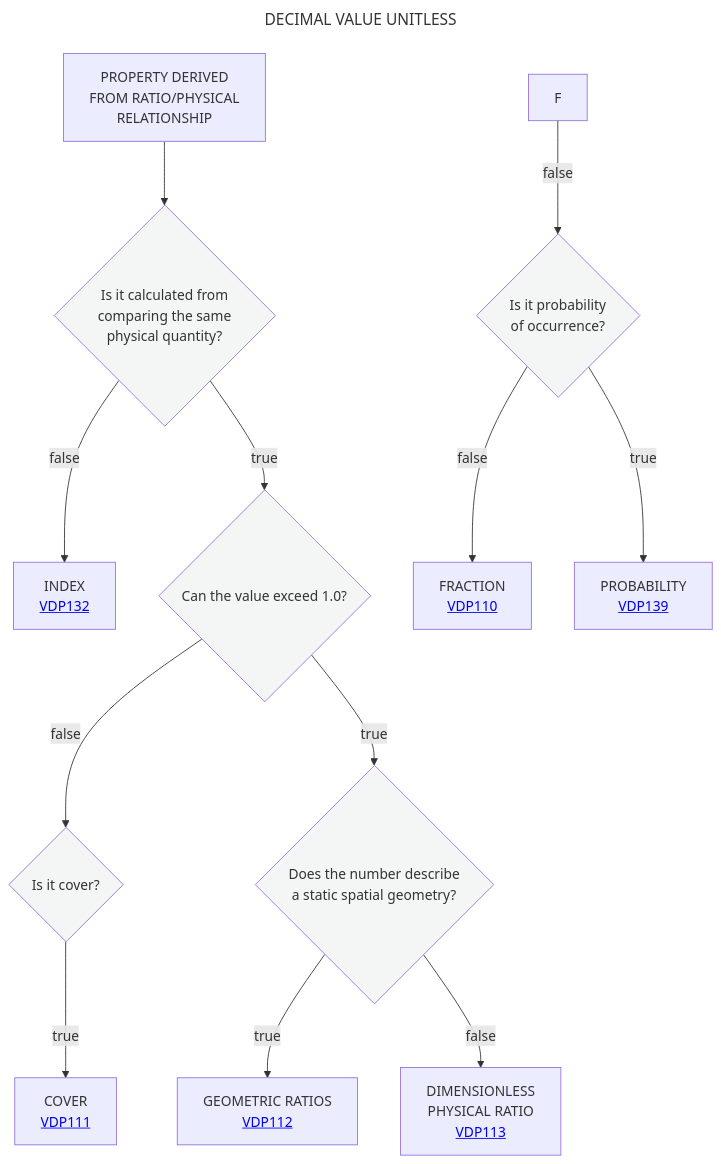
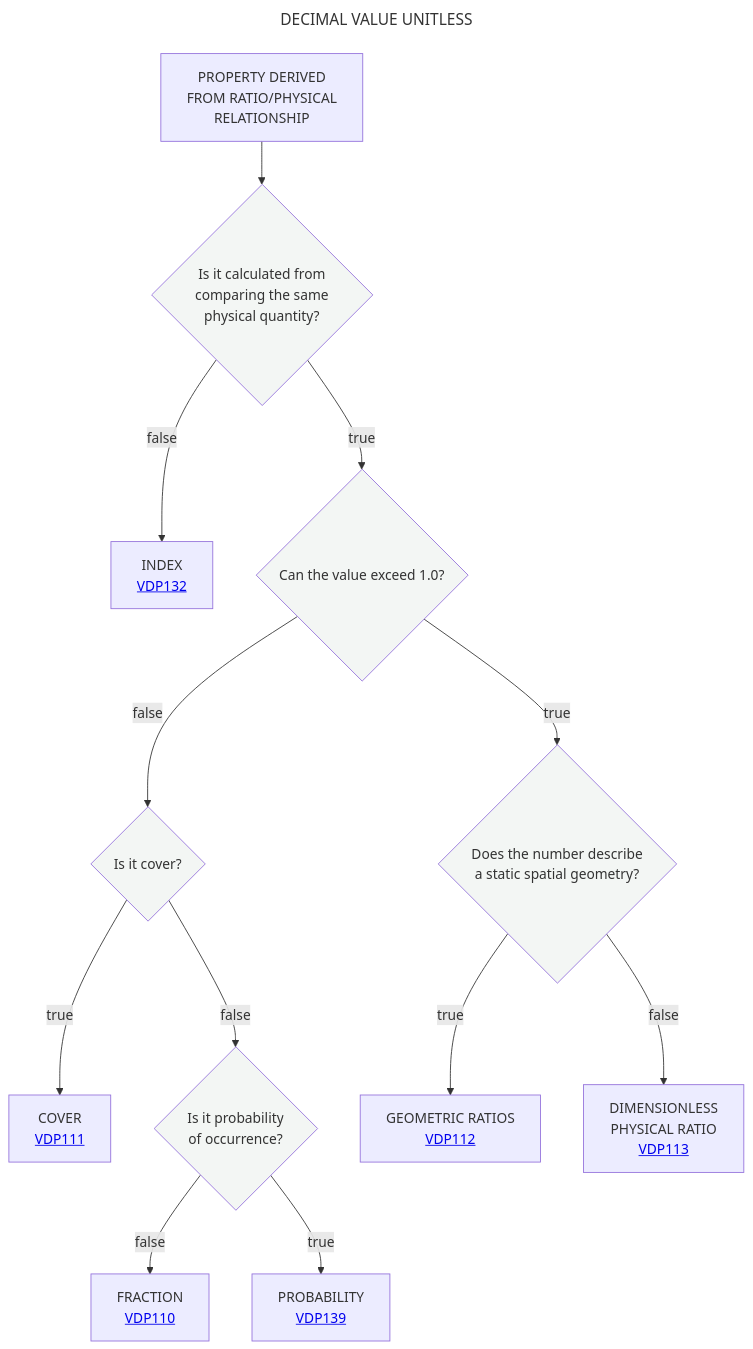
The diagram in Decisition_trees/DT1.mmd (mabablue/I-ADOPT-patterns-playground), drawn with Mermaid before and after one commit.

```diff
--- a/Decisition_trees/DT1.mmd
+++ b/Decisition_trees/DT1.mmd
@@ -1,19 +1,19 @@
 ---
 title: DECIMAL VALUE UNITLESS
 ---
 flowchart TD
     A[PROPERTY DERIVED <br> FROM RATIO/PHYSICAL <br> RELATIONSHIP] --> B{Is it calculated from  <br> comparing the same  <br> physical quantity?}:::white
     B --> |false|C[INDEX <br> <a href='https://github.com/mabablue/I-ADOPT-patterns-playground/blob/main/pattern/VDP132.yaml'>VDP132</a>]
     B --> |true|D{Can the value exceed 1.0?}:::white
     D --> |false|E{Is it cover?}:::white
     D --> |true|L{Does the number describe <br> a static spatial geometry?}:::white
     E --> |true|G[COVER <br> <a href='https://github.com/mabablue/I-ADOPT-patterns-playground/blob/main/pattern/VDP111.yaml'>VDP111</a>]
-    F --> |false|H{Is it probability <br> of occurrence?}:::white
+    E --> |false|H{Is it probability <br> of occurrence?}:::white
     H --> |false|I[FRACTION <br> <a href='https://github.com/mabablue/I-ADOPT-patterns-playground/blob/main/pattern/VDP110.yaml'>VDP110</a>]
     H --> |true|J[PROBABILITY <br> <a href='https://github.com/mabablue/I-ADOPT-patterns-playground/blob/main/pattern/VDP139.yaml'>VDP139</a>]
     L --> |true|M[GEOMETRIC RATIOS <br> <a href='https://github.com/mabablue/I-ADOPT-patterns-playground/blob/main/pattern/VDP112.yaml'>VDP112</a>] 
     L --> |false|N[DIMENSIONLESS <br> PHYSICAL RATIO <br> <a href='https://github.com/mabablue/I-ADOPT-patterns-playground/blob/main/pattern/VDP113.yaml'>VDP113</a>]
    classDef blue fill:#90D5FF
    classDef satblue fill:#57B9FF 
    classDef white fill:#f3f6f4
    classDef green fill:#6aa84f
```
